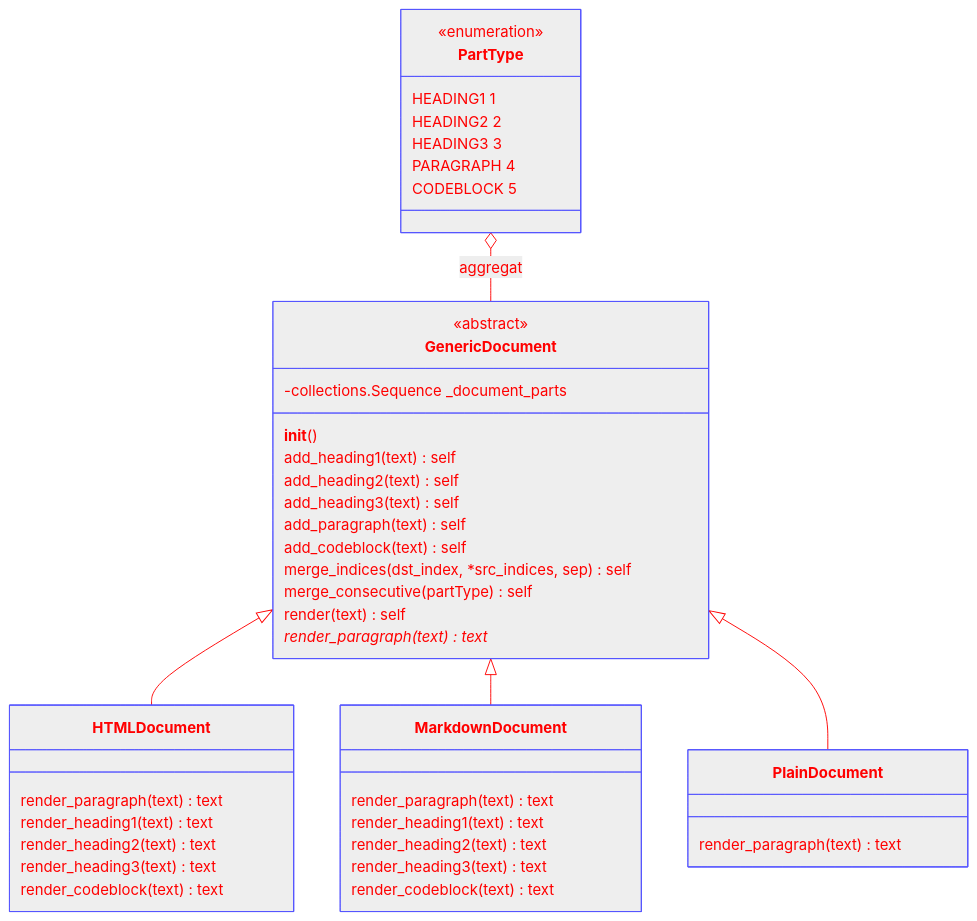
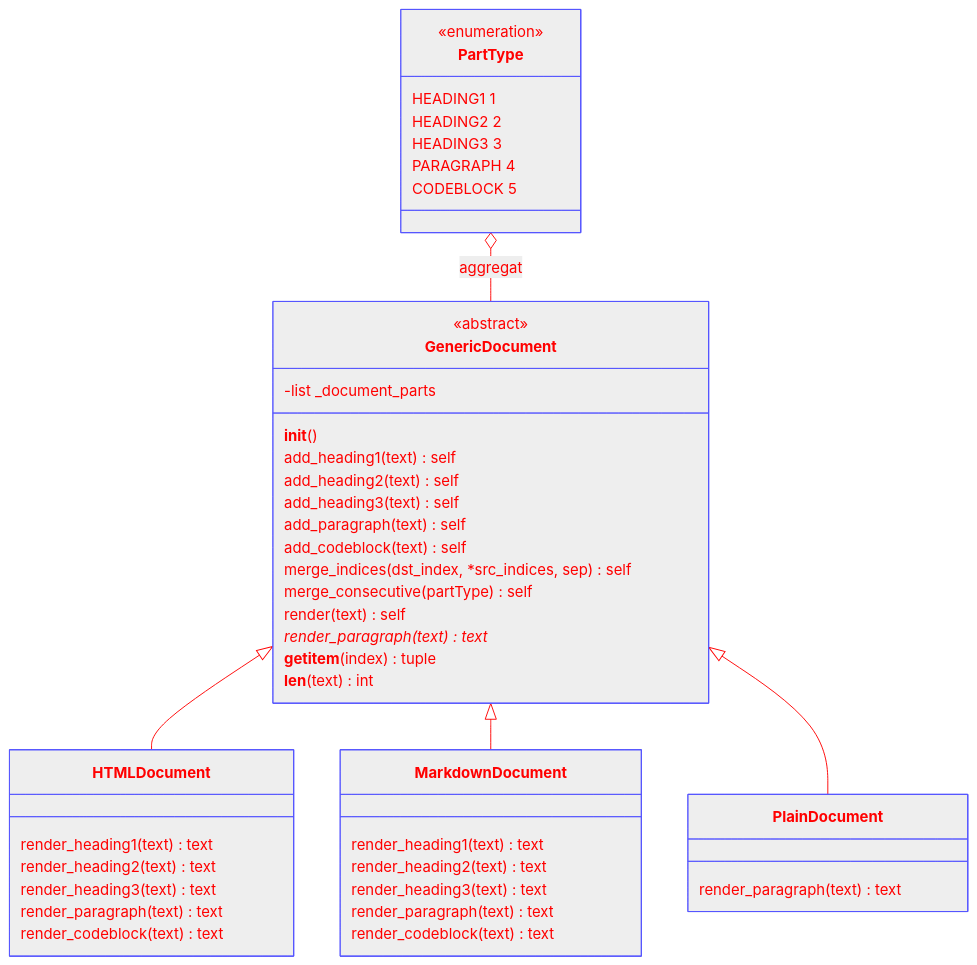
Before and after one commit to mrmysko/nackademin-py-12-gendoc: the diagram in README.md, drawn with Mermaid. The commit also changed other lines of this file, not shown here.

````diff
--- a/README.md
+++ b/README.md
@@ -176,51 +172,53 @@
 ```mermaid
 %%{init: {'theme': 'base', 'themeVariables': {'primaryColor': '#eee',
 'primaryTextColor':'#f00','primaryBorderColor':'#55f','lineColor': '#f00' }}}%%
 
 classDiagram
 
 class GenericDocument
 <<abstract>> GenericDocument
-GenericDocument : -collections.Sequence _document_parts
+GenericDocument : -list _document_parts
 GenericDocument : __init__()
 GenericDocument : add_heading1(text) self
 GenericDocument : add_heading2(text) self
 GenericDocument : add_heading3(text) self
 GenericDocument : add_paragraph(text) self
 GenericDocument : add_codeblock(text) self
 GenericDocument : merge_indices(dst_index, *src_indices, sep) self
 GenericDocument : merge_consecutive(partType) self
 GenericDocument : render(text) self
 GenericDocument : render_paragraph(text)* text
+GenericDocument : __getitem__(index) tuple
+GenericDocument : __len__(text) int
 
 
 class HTMLDocument
 GenericDocument <|-- HTMLDocument
-HTMLDocument : render_paragraph(text) text
 HTMLDocument : render_heading1(text) text
 HTMLDocument : render_heading2(text) text
 HTMLDocument : render_heading3(text) text
+HTMLDocument : render_paragraph(text) text
 HTMLDocument : render_codeblock(text) text
 
 class MarkdownDocument
 GenericDocument <|-- MarkdownDocument
-MarkdownDocument : render_paragraph(text) text
 MarkdownDocument : render_heading1(text) text
 MarkdownDocument : render_heading2(text) text
 MarkdownDocument : render_heading3(text) text
+MarkdownDocument : render_paragraph(text) text
 MarkdownDocument : render_codeblock(text) text
 
 class PlainDocument
 GenericDocument <|-- PlainDocument
 PlainDocument : render_paragraph(text) text
 
 class PartType {
 <<enumeration>>
    HEADING1  1
    HEADING2  2
    HEADING3  3
    PARAGRAPH 4
    CODEBLOCK 5
 }
 PartType o-- GenericDocument : aggregat
 ```
````
